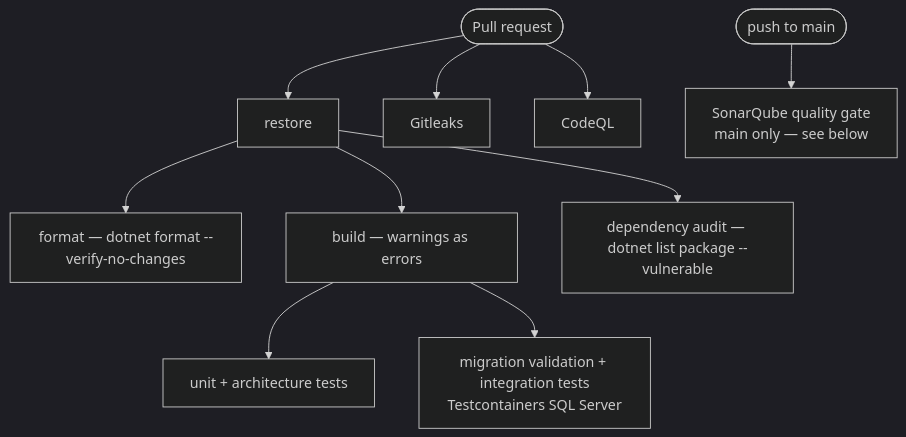
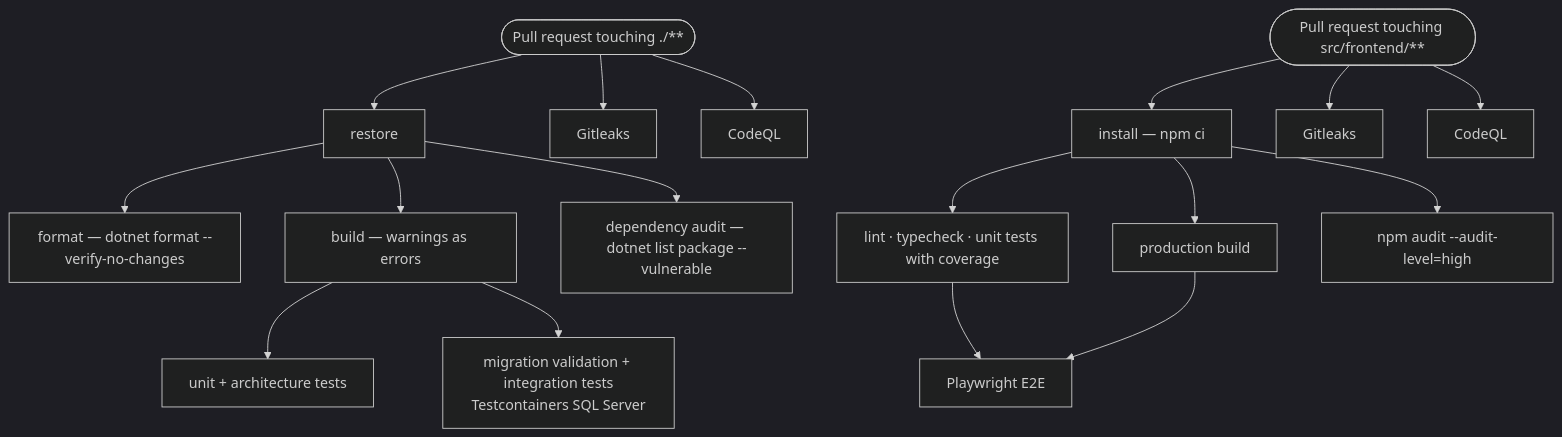
The fifth of 5 diagrams in docs/workflow.md (Emadkhanqai/aj-boilerplate-be), drawn with Mermaid (dark theme) before and after one commit. The commit also changed other lines of this file and 283 other files, not shown here.

````diff
--- a/docs/workflow.md
+++ b/docs/workflow.md
@@ -240,13 +243,20 @@
 ```mermaid
 flowchart TD
-  PR(["Pull request"]) --> R["restore"]
+  PR(["Pull request touching ./**"]) --> R["restore"]
   R --> F["format — dotnet format --verify-no-changes"]
   R --> B["build — warnings as errors"]
   B --> UT["unit + architecture tests"]
   B --> IT["migration validation + integration tests<br/>Testcontainers SQL Server"]
   R --> DA["dependency audit — dotnet list package --vulnerable"]
   PR --> GL["Gitleaks"]
   PR --> CQ["CodeQL"]
 
-  MAIN(["push to main"]) --> QG["SonarQube quality gate<br/>main only — see below"]
+  PR2(["Pull request touching src/frontend/**"]) --> I["install — npm ci"]
+  I --> V["lint · typecheck · unit tests with coverage"]
+  I --> BLD["production build"]
+  I --> NA["npm audit --audit-level=high"]
+  V --> E2E["Playwright E2E"]
+  BLD --> E2E
+  PR2 --> GL2["Gitleaks"]
+  PR2 --> CQ2["CodeQL"]
 ```
````
